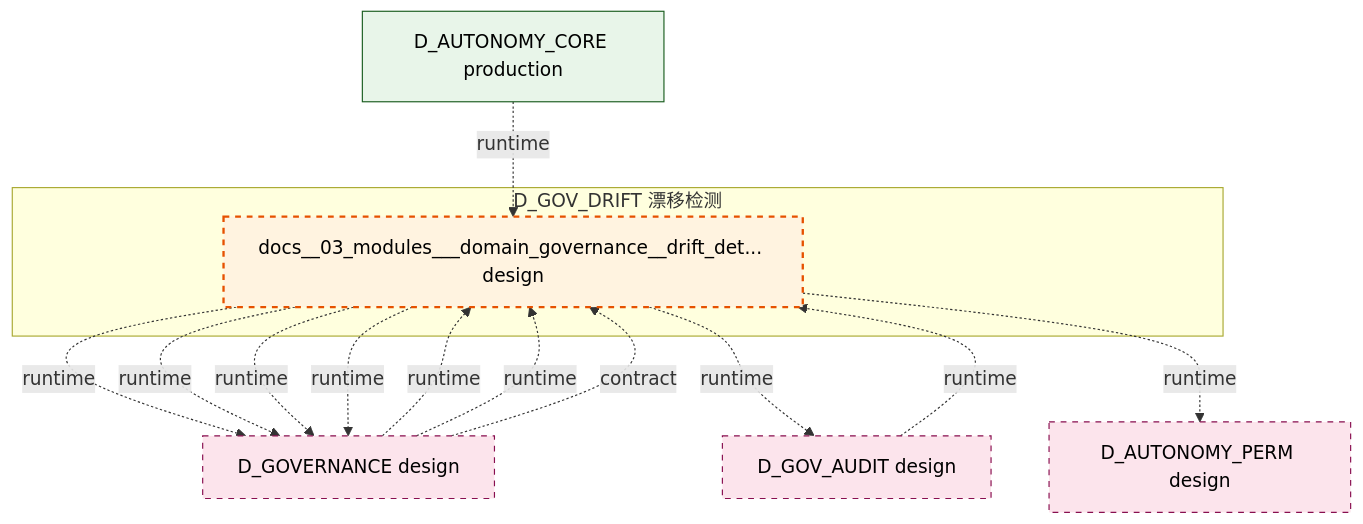
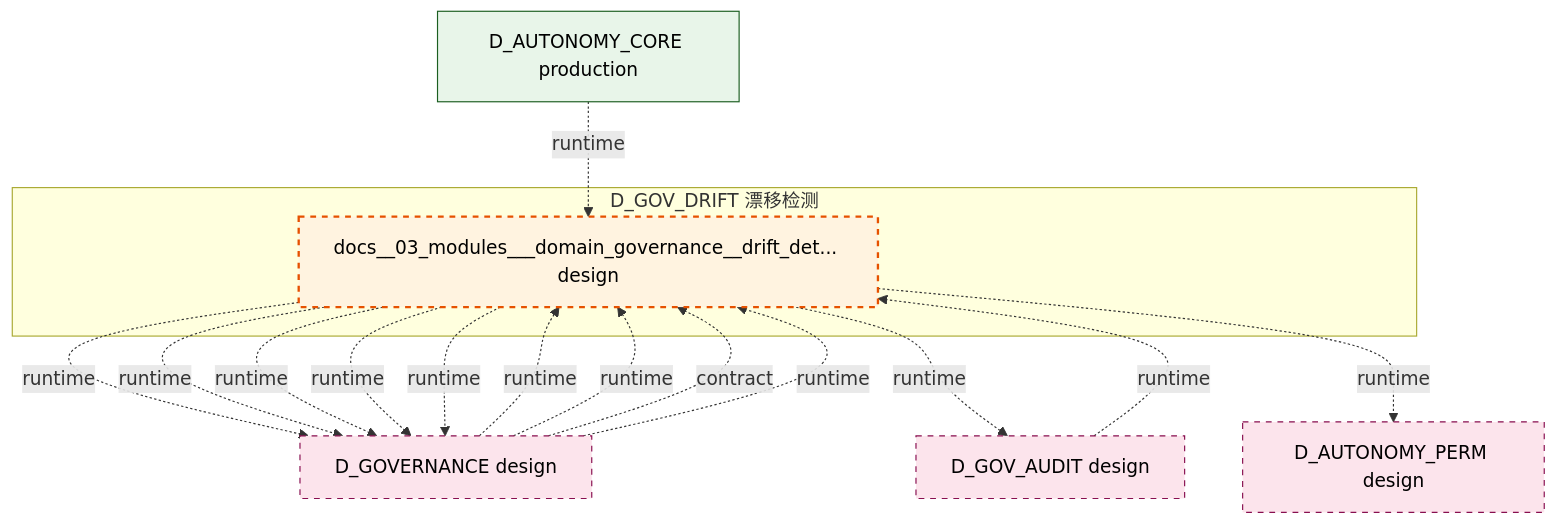
Before and after one commit to xuanFelixVan/ZephyrAlpha: the diagram in docs/02_enterprise_architecture/02_domain_architecture_docs/36_d_gov_drift.md, drawn with Mermaid. The commit also changed other lines of this file and 105 other files, not shown here.

````diff
--- a/docs/02_enterprise_architecture/02_domain_architecture_docs/36_d_gov_drift.md
+++ b/docs/02_enterprise_architecture/02_domain_architecture_docs/36_d_gov_drift.md
@@ -47,28 +47,30 @@
 ```mermaid
 graph TD
     subgraph D_GOV_DRIFT["D_GOV_DRIFT 漂移检测"]
         docs_03_modules_domain_governance_drift_detector_blueprint_md["docs__03_modules___domain_governance__drift_det... design"]
     end
     D_GOVERNANCE["D_GOVERNANCE design"]
     docs_03_modules_domain_governance_drift_detector_blueprint_md -.->|runtime| D_GOVERNANCE
     docs_03_modules_domain_governance_drift_detector_blueprint_md -.->|runtime| D_GOVERNANCE
     D_GOV_AUDIT["D_GOV_AUDIT design"]
     docs_03_modules_domain_governance_drift_detector_blueprint_md -.->|runtime| D_GOV_AUDIT
     D_AUTONOMY_PERM["D_AUTONOMY_PERM design"]
     docs_03_modules_domain_governance_drift_detector_blueprint_md -.->|runtime| D_AUTONOMY_PERM
     docs_03_modules_domain_governance_drift_detector_blueprint_md -.->|runtime| D_GOVERNANCE
     docs_03_modules_domain_governance_drift_detector_blueprint_md -.->|runtime| D_GOVERNANCE
+    docs_03_modules_domain_governance_drift_detector_blueprint_md -.->|runtime| D_GOVERNANCE
     D_GOV_AUDIT -.->|runtime| docs_03_modules_domain_governance_drift_detector_blueprint_md
     D_GOVERNANCE -.->|runtime| docs_03_modules_domain_governance_drift_detector_blueprint_md
     D_GOVERNANCE -.->|runtime| docs_03_modules_domain_governance_drift_detector_blueprint_md
     D_GOVERNANCE -.->|contract| docs_03_modules_domain_governance_drift_detector_blueprint_md
     D_AUTONOMY_CORE["D_AUTONOMY_CORE production"]
     D_AUTONOMY_CORE -.->|runtime| docs_03_modules_domain_governance_drift_detector_blueprint_md
+    D_GOVERNANCE -.->|runtime| docs_03_modules_domain_governance_drift_detector_blueprint_md
     classDef production fill:#e1f5fe,stroke:#01579b,stroke-width:2px,color:#000
     classDef design fill:#fff3e0,stroke:#e65100,stroke-width:2px,color:#000,stroke-dasharray: 5 5
     classDef external_prod fill:#e8f5e9,stroke:#1b5e20,stroke-width:1px,color:#000
     classDef external_design fill:#fce4ec,stroke:#880e4f,stroke-width:1px,color:#000,stroke-dasharray: 5 5
     class docs_03_modules_domain_governance_drift_detector_blueprint_md design
     class D_AUTONOMY_CORE external_prod
     class D_GOVERNANCE,D_GOV_AUDIT,D_AUTONOMY_PERM external_design
 ```
````
